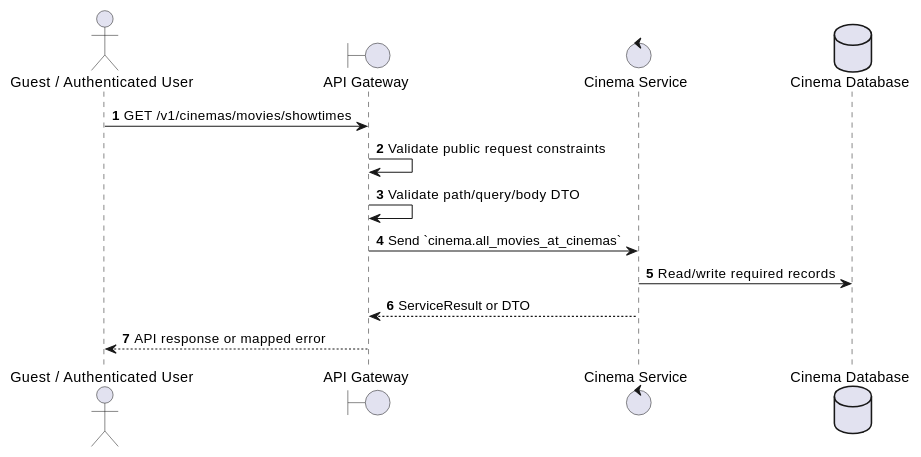
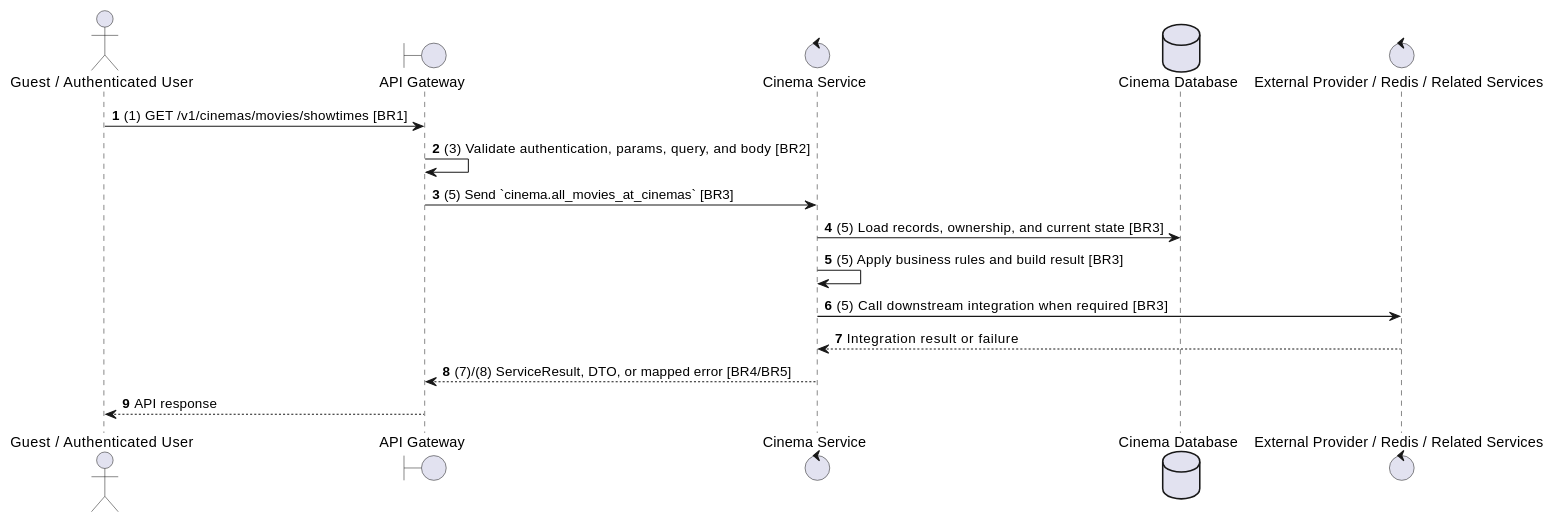
Before and after one commit to Tanh1603/movie-hub-architecture: the second of 2 diagrams in docs/functional_specs/3.4_Showtime_Scheduling/ST-10_Get_All_Movies_with_Showtimes.md, drawn with PlantUML. The commit also changed other lines of this file and 129 other files, not shown here.

````diff
--- a/docs/functional_specs/3.4_Showtime_Scheduling/ST-10_Get_All_Movies_with_Showtimes.md
+++ b/docs/functional_specs/3.4_Showtime_Scheduling/ST-10_Get_All_Movies_with_Showtimes.md
@@ -17,17 +64,20 @@
 ```plantuml
 @startuml
 autonumber
 actor "Guest / Authenticated User" as Actor
 boundary "API Gateway" as GW
 control "Cinema Service" as SVC
 database "Cinema Database" as DB
+control "External Provider / Redis / Related Services" as EXT
 
-Actor -> GW: GET /v1/cinemas/movies/showtimes
-GW -> GW: Validate public request constraints
-GW -> GW: Validate path/query/body DTO
-GW -> SVC: Send `cinema.all_movies_at_cinemas`
-SVC -> DB: Read/write required records
-SVC --> GW: ServiceResult or DTO
-GW --> Actor: API response or mapped error
+Actor -> GW: (1) GET /v1/cinemas/movies/showtimes [BR1]
+GW -> GW: (3) Validate authentication, params, query, and body [BR2]
+GW -> SVC: (5) Send `cinema.all_movies_at_cinemas` [BR3]
+SVC -> DB: (5) Load records, ownership, and current state [BR3]
+SVC -> SVC: (5) Apply business rules and build result [BR3]
+SVC -> EXT: (5) Call downstream integration when required [BR3]
+EXT --> SVC: Integration result or failure
+SVC --> GW: (7)/(8) ServiceResult, DTO, or mapped error [BR4/BR5]
+GW --> Actor: API response
 @enduml
 ```
````
